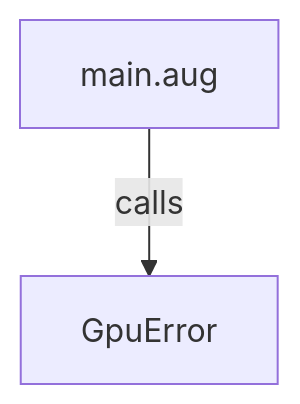
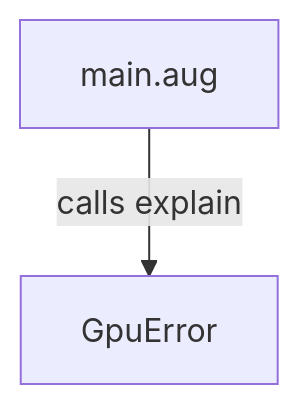
The first of 2 diagrams in docs/examples/native-gpu/main-diagrams.md (GreenPandaStudios/augscript), drawn with Mermaid before and after one commit. The commit also changed other lines of this file and 304 other files, not shown here.

Commit message:
Make generated data-flow sequences concise and review every diagram

````diff
--- a/docs/examples/native-gpu/main-diagrams.md
+++ b/docs/examples/native-gpu/main-diagrams.md
@@ -19,6 +19,6 @@
 ```mermaid
 flowchart TD
     n0["main.aug"]
     n1["GpuError"]
-    n0 -->|"calls"| n1
+    n0 -->|"calls explain"| n1
 ```
````
